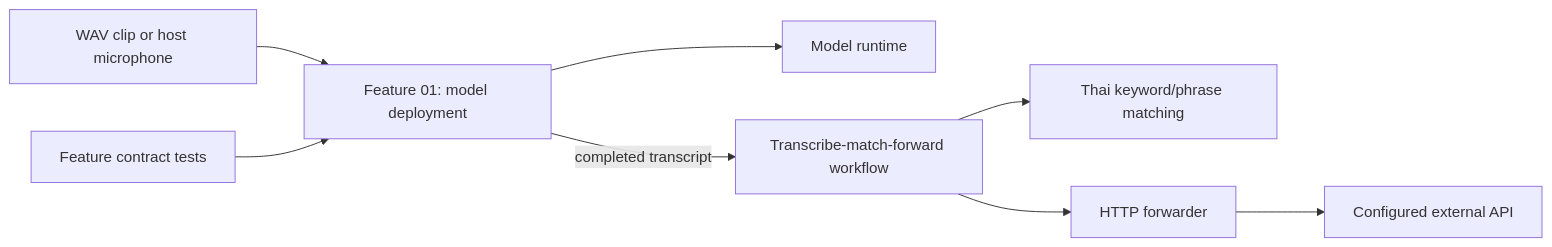
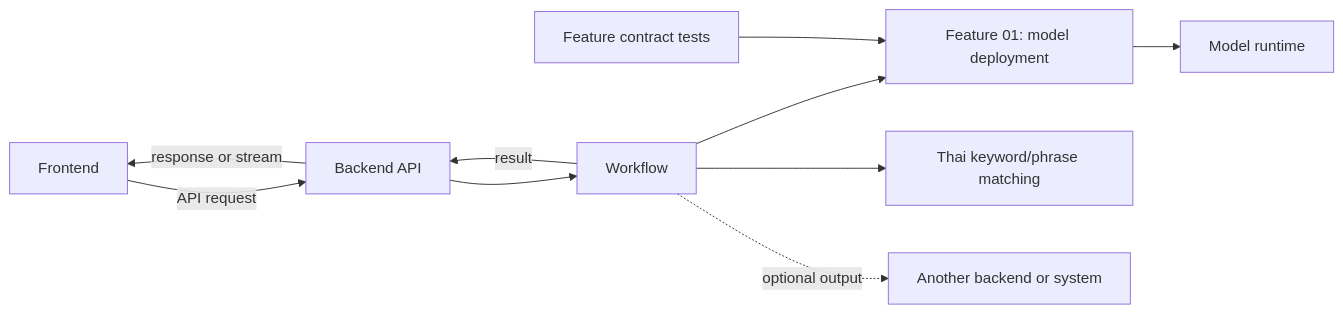
Before and after one commit to Faiisu/speech_to_text: the diagram in docs/architecture.md, drawn with Mermaid. The commit also changed other lines of this file and 63 other files, not shown here.

First line of the commit message:
feat(app): add API-driven workflow console

````diff
--- a/docs/architecture.md
+++ b/docs/architecture.md
@@ -13,10 +13,12 @@
 ```mermaid
 flowchart LR
-    Input[WAV clip or host microphone] --> F01[Feature 01: model deployment]
+    Frontend -->|API request| Backend[Backend API]
+    Backend --> Workflow[Workflow]
+    Workflow --> F01[Feature 01: model deployment]
     F01 --> Runtime[Model runtime]
-    F01 -->|completed transcript| Workflow[Transcribe-match-forward workflow]
     Workflow --> WordMatching[Thai keyword/phrase matching]
-    Workflow --> Forwarder[HTTP forwarder]
-    Forwarder --> Destination[Configured external API]
+    Workflow -->|result| Backend
+    Backend -->|response or stream| Frontend
+    Workflow -. optional output .-> Destination[Another backend or system]
     Tests[Feature contract tests] --> F01
 ```
````
